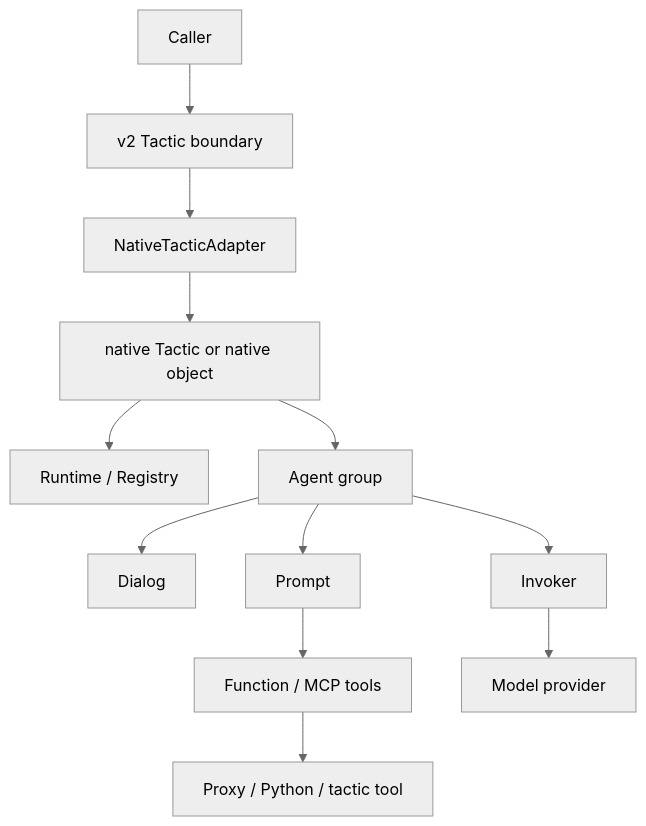
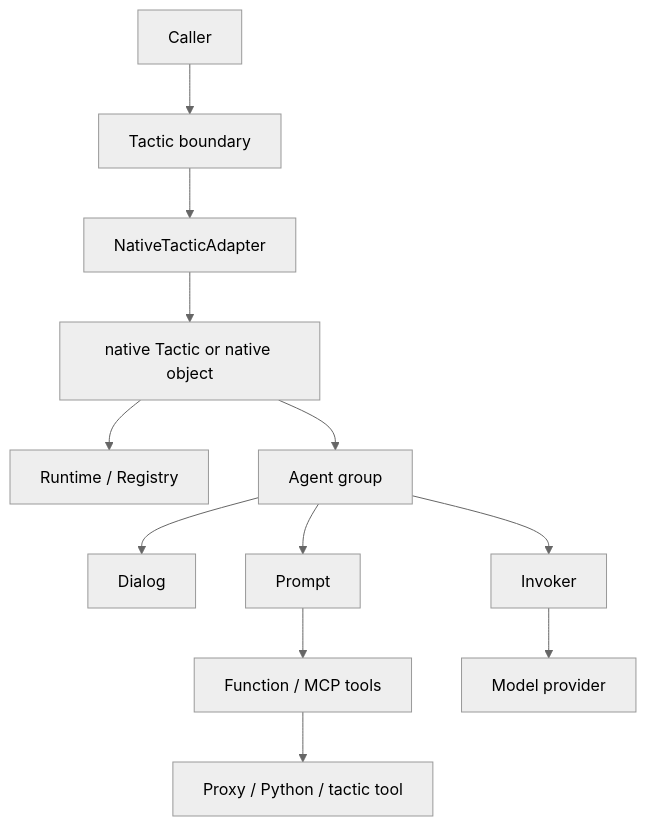
Before and after one commit to Productive-Superintelligence/lllm: the diagram in docs/runtime/native.md, drawn with Mermaid (neutral theme). The commit also changed other lines of this file and 25 other files, not shown here.

````diff
--- a/docs/runtime/native.md
+++ b/docs/runtime/native.md
@@ -50,14 +50,14 @@
 ```mermaid
 flowchart TD
-  C["Caller"] --> B["v2 Tactic boundary"]
+  C["Caller"] --> B["Tactic boundary"]
   B --> A["NativeTacticAdapter"]
   A --> N["native Tactic or native object"]
   N --> R["Runtime / Registry"]
   N --> G["Agent group"]
   G --> D["Dialog"]
   G --> P["Prompt"]
   P --> F["Function / MCP tools"]
   G --> I["Invoker"]
   I --> M["Model provider"]
   F --> X["Proxy / Python / tactic tool"]
 ```
````
